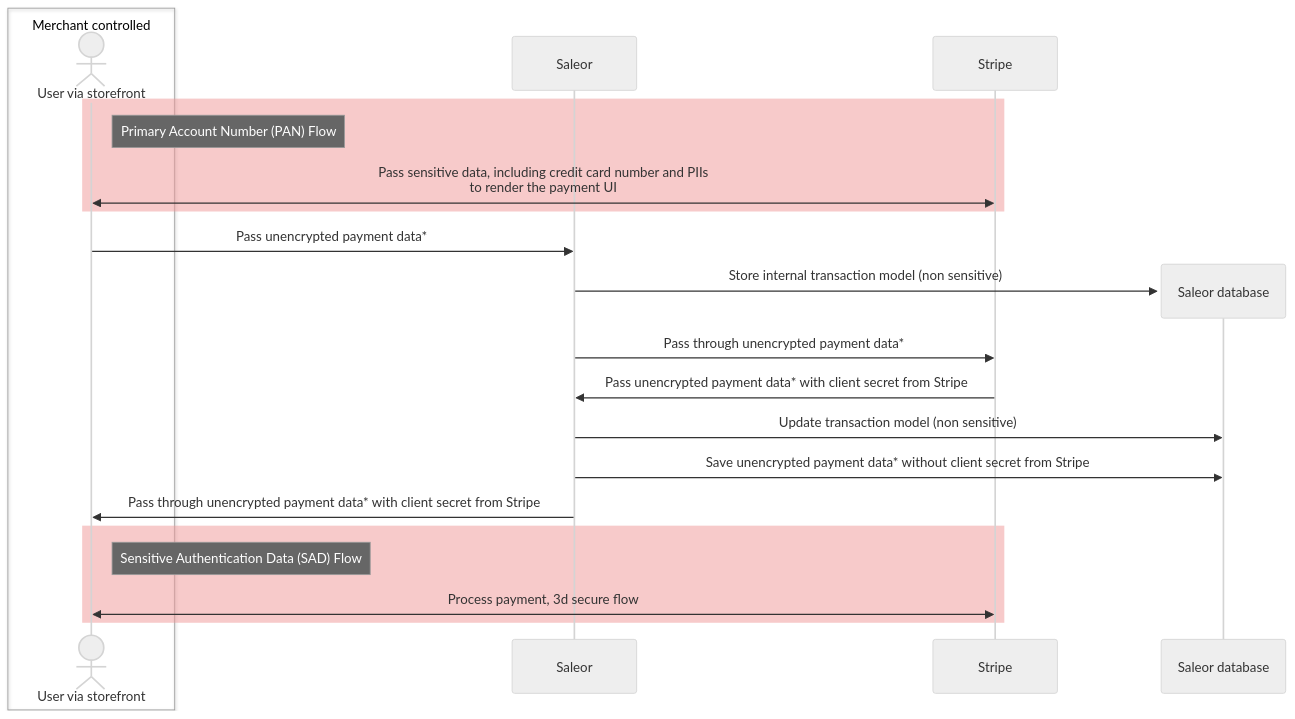
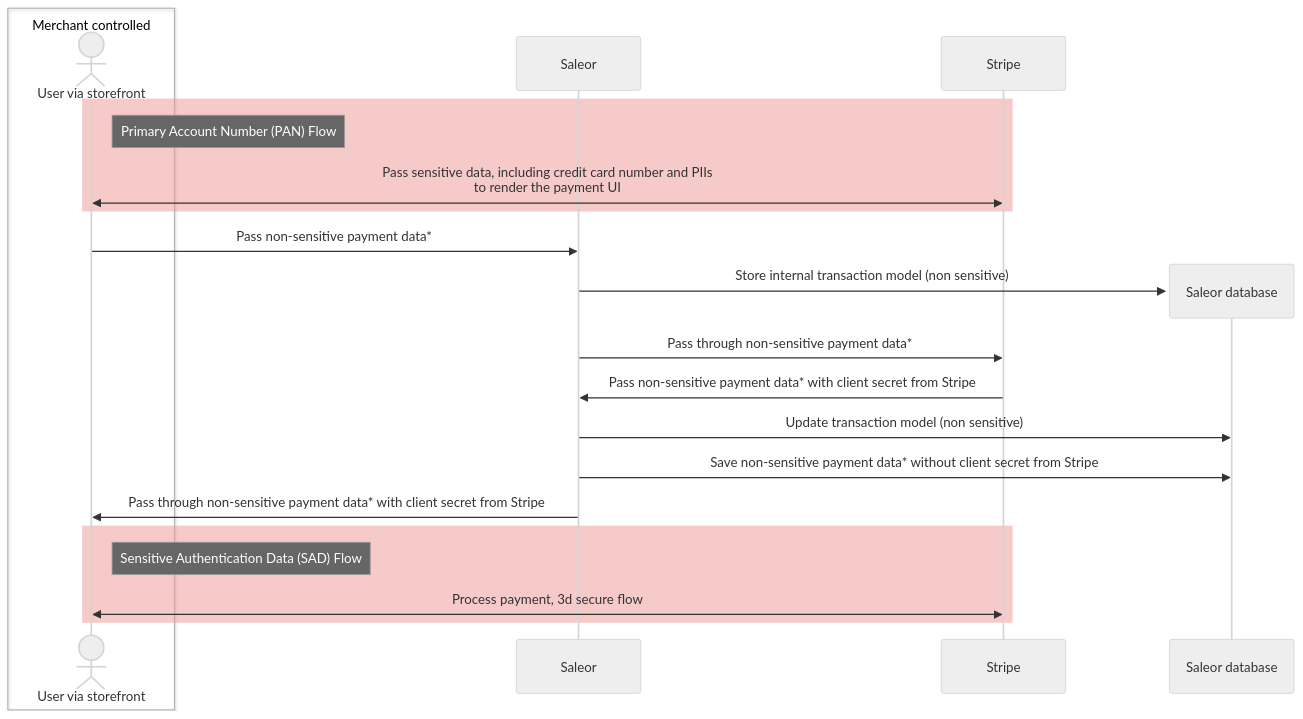
Before and after one commit to saleor/saleor-docs: the third of 3 diagrams in docs/developer/app-store/plugins/stripe.mdx, drawn with Mermaid (neutral theme). The commit also changed 1 other file, not shown here.

Commit message:
Update wording for adyen app & stripe plugin

````diff
--- a/docs/developer/app-store/plugins/stripe.mdx
+++ b/docs/developer/app-store/plugins/stripe.mdx
@@ -424,28 +424,28 @@
 ```mermaid
 sequenceDiagram
     box Merchant controlled
     actor User via storefront
     end
     participant Saleor
     participant Stripe
 
     rect rgba(240,150,150,0.5)
         note right of User via storefront: Primary Account Number (PAN) Flow
         User via storefront <<->> Stripe: Pass sensitive data, including credit card number and PIIs<br/>to render the payment UI
     end
 
-    User via storefront ->> Saleor: Pass unencrypted payment data*
+    User via storefront ->> Saleor: Pass non-sensitive payment data*
     create participant Saleor database
     Saleor ->> Saleor database: Store internal transaction model (non sensitive)
-    Saleor ->> Stripe: Pass through unencrypted payment data*
+    Saleor ->> Stripe: Pass through non-sensitive payment data*
 
-    Stripe ->> Saleor: Pass unencrypted payment data* with client secret from Stripe
+    Stripe ->> Saleor: Pass non-sensitive payment data* with client secret from Stripe
     Saleor ->> Saleor database: Update transaction model (non sensitive)
-    Saleor ->> Saleor database: Save unencrypted payment data* without client secret from Stripe
-    Saleor ->> User via storefront: Pass through unencrypted payment data* with client secret from Stripe
+    Saleor ->> Saleor database: Save non-sensitive payment data* without client secret from Stripe
+    Saleor ->> User via storefront: Pass through non-sensitive payment data* with client secret from Stripe
 
     rect rgba(240,150,150,0.5)
         note right of User via storefront: Sensitive Authentication Data (SAD) Flow
         User via storefront <<->> Stripe: Process payment, 3d secure flow
     end
   ```
````
